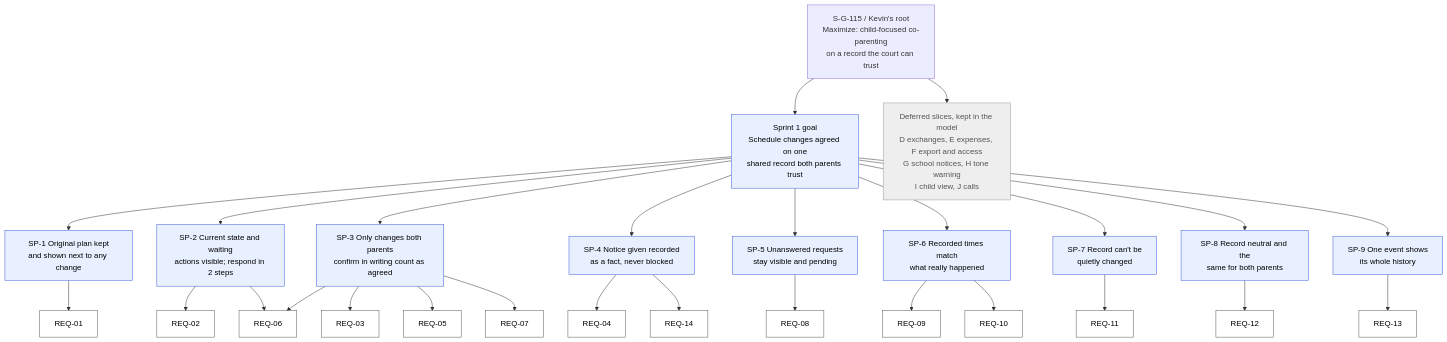
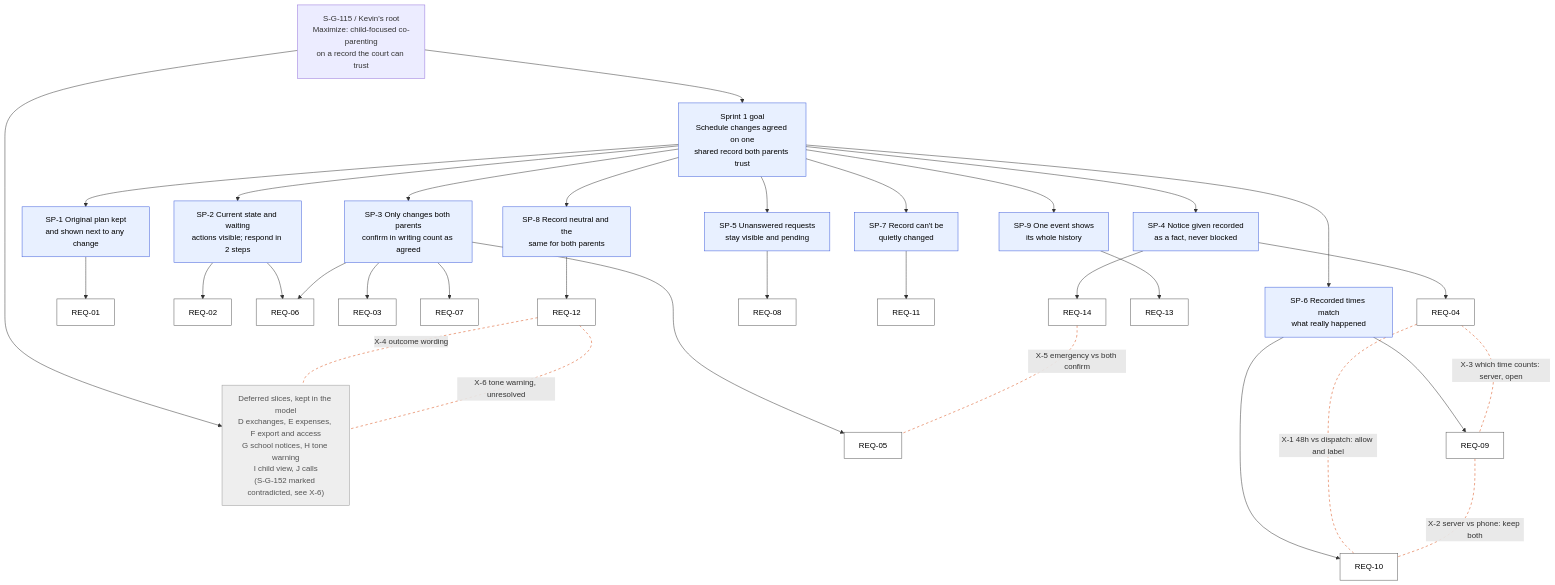
Before and after one commit to samarthshukla6/17626_HW3_C2: the diagram in docs/goal-model.md, drawn with Mermaid. The commit also changed other lines of this file and 1 other file, not shown here.

Commit message:
Step 2: analyse overlaps, dependencies and conflicts; update goal model with decisions

````diff
--- a/docs/goal-model.md
+++ b/docs/goal-model.md
@@ -83,42 +86,50 @@
 ```mermaid
 flowchart TD
   ROOT["S-G-115 / Kevin's root<br/>Maximize: child-focused co-parenting<br/>on a record the court can trust"]
   SP0["Sprint 1 goal<br/>Schedule changes agreed on one<br/>shared record both parents trust"]
   ROOT --> SP0
   ROOT --> DEF
 
   SP0 --> SP1["SP-1 Original plan kept<br/>and shown next to any change"]
   SP0 --> SP2["SP-2 Current state and waiting<br/>actions visible; respond in 2 steps"]
   SP0 --> SP3["SP-3 Only changes both parents<br/>confirm in writing count as agreed"]
   SP0 --> SP4["SP-4 Notice given recorded<br/>as a fact, never blocked"]
   SP0 --> SP5["SP-5 Unanswered requests<br/>stay visible and pending"]
   SP0 --> SP6["SP-6 Recorded times match<br/>what really happened"]
   SP0 --> SP7["SP-7 Record can't be<br/>quietly changed"]
   SP0 --> SP8["SP-8 Record neutral and the<br/>same for both parents"]
   SP0 --> SP9["SP-9 One event shows<br/>its whole history"]
 
   SP1 --> R01["REQ-01"]
   SP2 --> R02["REQ-02"]
   SP2 --> R06["REQ-06"]
   SP3 --> R03["REQ-03"]
   SP3 --> R05["REQ-05"]
   SP3 --> R06
   SP3 --> R07["REQ-07"]
   SP4 --> R04["REQ-04"]
   SP4 --> R14["REQ-14"]
   SP5 --> R08["REQ-08"]
   SP6 --> R09["REQ-09"]
   SP6 --> R10["REQ-10"]
   SP7 --> R11["REQ-11"]
   SP8 --> R12["REQ-12"]
   SP9 --> R13["REQ-13"]
 
-  DEF["Deferred slices, kept in the model<br/>D exchanges, E expenses, F export and access<br/>G school notices, H tone warning<br/>I child view, J calls"]
+  DEF["Deferred slices, kept in the model<br/>D exchanges, E expenses, F export and access<br/>G school notices, H tone warning<br/>I child view, J calls<br/>(S-G-152 marked contradicted, see X-6)"]
+
+  R04 -. "X-1 48h vs dispatch: allow and label" .- R10
+  R04 -. "X-3 which time counts: server, open" .- R09
+  R09 -. "X-2 server vs phone: keep both" .- R10
+  R14 -. "X-5 emergency vs both confirm" .- R05
+  R12 -. "X-4 outcome wording" .- DEF
+  R12 -. "X-6 tone warning, unresolved" .- DEF
 
   classDef sprint fill:#e8f0ff,stroke:#3b5bdb,color:#000
   classDef req fill:#ffffff,stroke:#555,color:#000
   classDef deferred fill:#eeeeee,stroke:#999,color:#555
   class SP0,SP1,SP2,SP3,SP4,SP5,SP6,SP7,SP8,SP9 sprint
   class R01,R02,R03,R04,R05,R06,R07,R08,R09,R10,R11,R12,R13,R14 req
   class DEF deferred
+  linkStyle 26,27,28,29,30,31 stroke:#d9480f,stroke-dasharray:5 5
 ```
````
